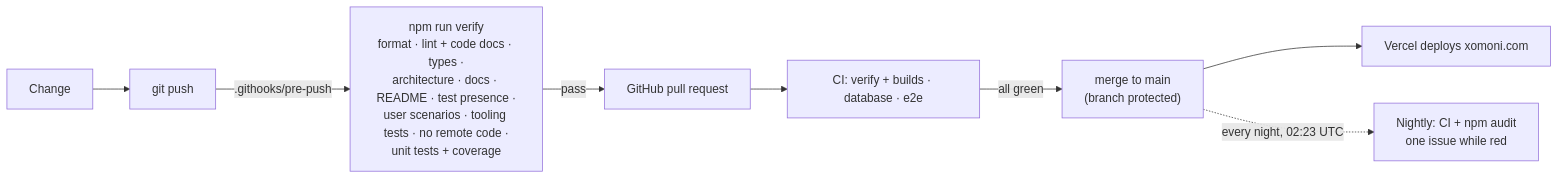
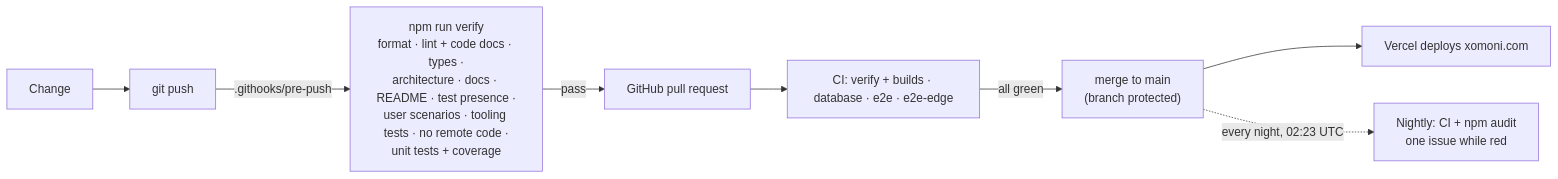
The fifth of 5 diagrams in docs/ARCHITECTURE.md (pirdehi/xomoni), drawn with Mermaid before and after one commit. The commit also changed other lines of this file and 45 other files, not shown here.

````diff
--- a/docs/ARCHITECTURE.md
+++ b/docs/ARCHITECTURE.md
@@ -308,10 +308,10 @@
 ```mermaid
 flowchart LR
   edit["Change"] --> push["git push"]
   push -- ".githooks/pre-push" --> verify["npm run verify<br/>format · lint + code docs · types ·<br/>architecture · docs · README · test presence ·<br/>user scenarios · tooling tests · no remote code ·<br/>unit tests + coverage"]
   verify -- pass --> gh["GitHub pull request"]
-  gh --> ci["CI: verify + builds · database · e2e"]
+  gh --> ci["CI: verify + builds · database · e2e · e2e-edge"]
   ci -- "all green" --> main["merge to main<br/>(branch protected)"]
   main --> vercel["Vercel deploys xomoni.com"]
   main -. "every night, 02:23 UTC" .-> nightly["Nightly: CI + npm audit<br/>one issue while red"]
 ```
````
